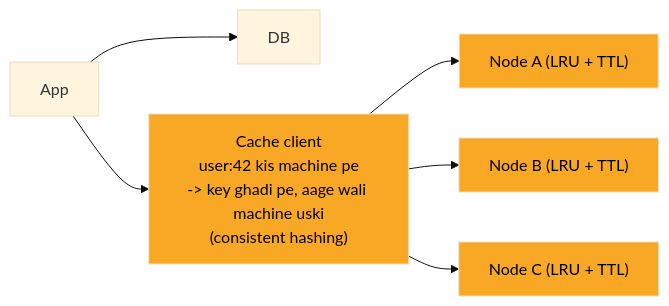
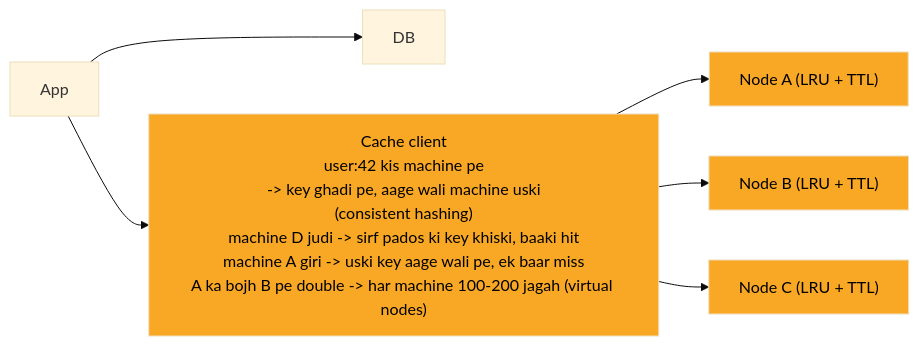
The third of 8 diagrams in 04_HLD/SYSTEM_DESIGNS/10_distributed_cache/10_distributed_cache.md (ArpanMaheshwari144/Prep), drawn with Mermaid (base theme) before and after one commit. The commit also changed other lines of this file and 12 other files, not shown here.

Commit message:
hld 02-14: peele dabbe me SAFAR ke mod + diagram chauda (wrappingWidth 450)

````diff
--- a/04_HLD/SYSTEM_DESIGNS/10_distributed_cache/10_distributed_cache.md
+++ b/04_HLD/SYSTEM_DESIGNS/10_distributed_cache/10_distributed_cache.md
@@ -132,18 +134,19 @@
 ```mermaid
+%%{init: {"flowchart": {"wrappingWidth": 450}}}%%
 flowchart LR
     n_App["App"]
     n_DB["DB"]
-    n_Cache_client["Cache client<br/>user:42 kis machine pe<br/>-> key ghadi pe, aage wali machine uski<br/>(consistent hashing)"]
+    n_Cache_client["Cache client<br/>user:42 kis machine pe<br/>-> key ghadi pe, aage wali machine uski<br/>(consistent hashing)<br/>machine D judi -> sirf pados ki key khiski, baaki hit<br/>machine A giri -> uski key aage wali pe, ek baar miss<br/>A ka bojh B pe double -> har machine 100-200 jagah (virtual nodes)"]
     n_Node_A["Node A (LRU + TTL)"]
     n_Node_B["Node B (LRU + TTL)"]
     n_Node_C["Node C (LRU + TTL)"]
     n_App --> n_DB
     n_App --> n_Cache_client
     n_Cache_client --> n_Node_A
     n_Cache_client --> n_Node_B
     n_Cache_client --> n_Node_C
     style n_Cache_client fill:#f9a825,color:#000
     style n_Node_A fill:#f9a825,color:#000
     style n_Node_B fill:#f9a825,color:#000
     style n_Node_C fill:#f9a825,color:#000
 ```
````
